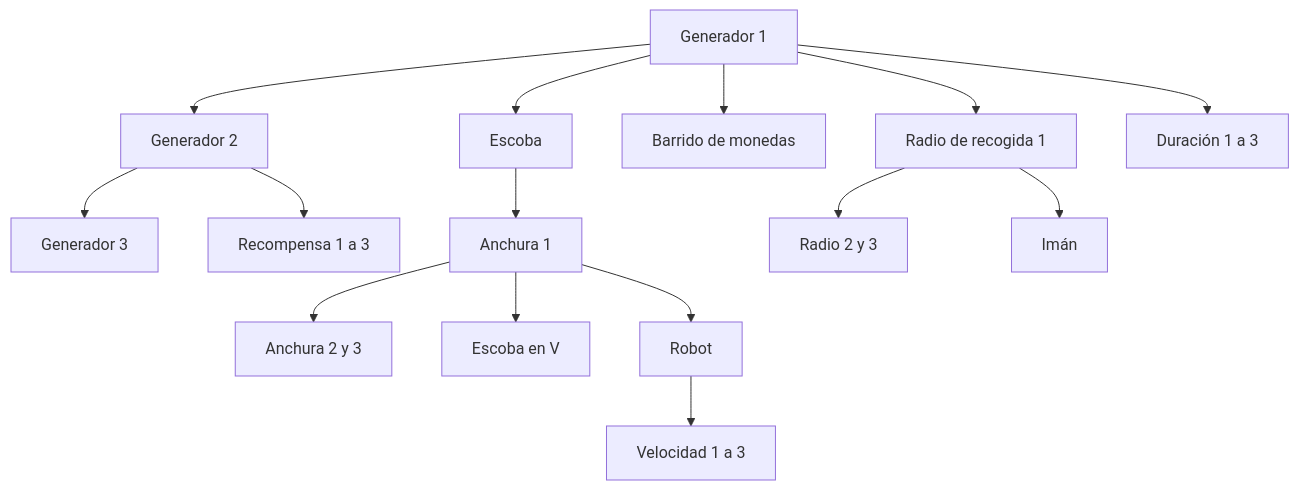
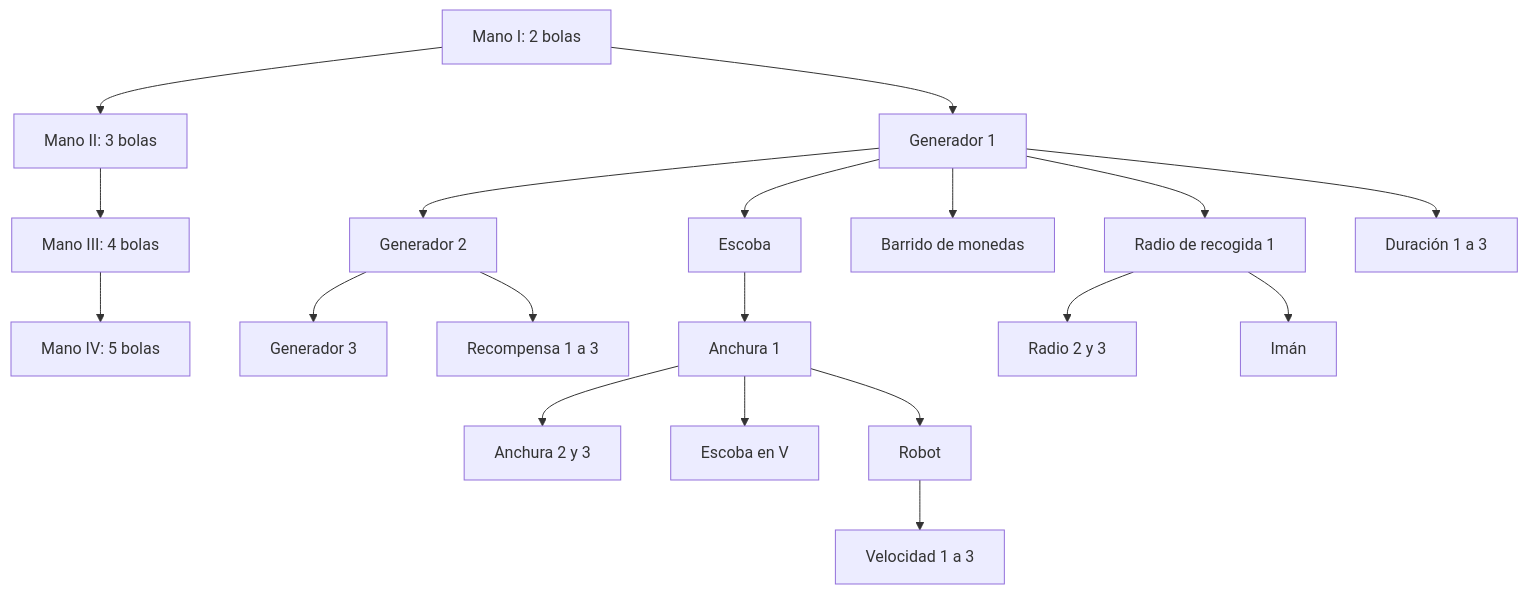
One commit to migdlp/incremental_hole_game changed the diagram in docs/arbol-de-mejoras.md. Above: the diagram before and after it, drawn with Mermaid. The commit also changed other lines of this file and 20 other files, not shown here.

````diff
--- a/docs/arbol-de-mejoras.md
+++ b/docs/arbol-de-mejoras.md
@@ -21,17 +21,21 @@
 ```mermaid
 flowchart TD
-    G1[Generador 1] --> G2[Generador 2]
+    H1[Mano I: 2 bolas] --> H2[Mano II: 3 bolas]
+    H2 --> H3[Mano III: 4 bolas]
+    H3 --> H4[Mano IV: 5 bolas]
+    H1 --> G1[Generador 1]
+    G1 --> G2[Generador 2]
     G2 --> G3[Generador 3]
     G1 --> E[Escoba]
     E --> A[Anchura 1]
     A --> A2[Anchura 2 y 3]
     A --> V[Escoba en V]
     A --> R[Robot]
     R --> RV[Velocidad 1 a 3]
     G1 --> B[Barrido de monedas]
     G1 --> C[Radio de recogida 1]
     C --> C2[Radio 2 y 3]
     C --> I[Imán]
     G1 --> D[Duración 1 a 3]
     G2 --> M[Recompensa 1 a 3]
 ```
````
